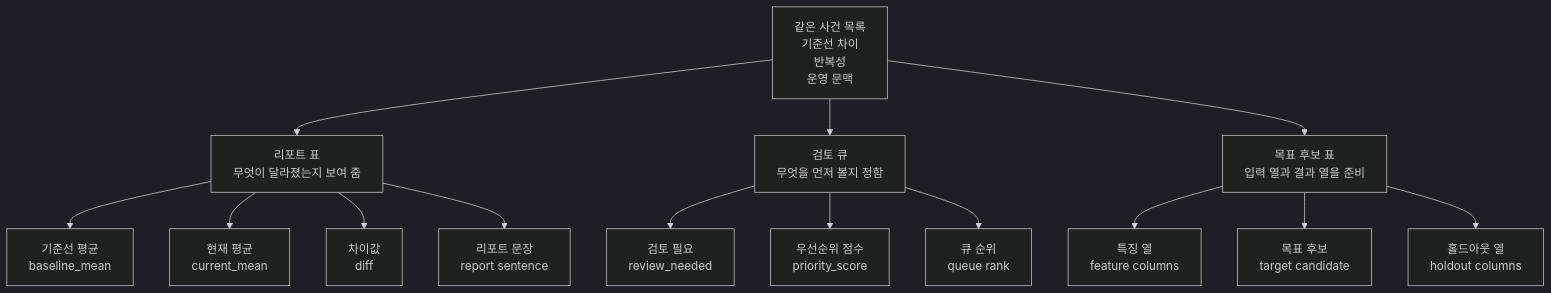
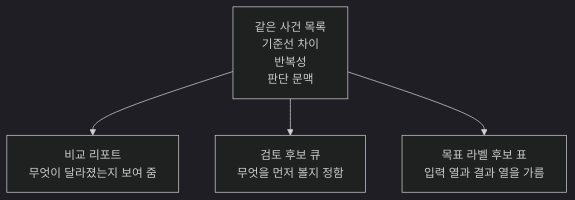
One commit to devchan64/AiBook changed the first of 2 diagrams in docs/parts/part-03/chapter-09/section-03.md. Above: the diagram before and after it, drawn with Mermaid (dark theme). The commit also changed other lines of this file and 43 other files, not shown here.

````diff
--- a/docs/parts/part-03/chapter-09/section-03.md
+++ b/docs/parts/part-03/chapter-09/section-03.md
@@ -72,21 +72,8 @@
 ```mermaid
 flowchart TD
-    A[같은 사건 목록<br/>기준선 차이<br/>반복성<br/>운영 문맥]
+    A[같은 사건 목록<br/>기준선 차이<br/>반복성<br/>판단 문맥]
 
-    A --> B[리포트 표<br/>무엇이 달라졌는지 보여 줌]
-    A --> C[검토 큐<br/>무엇을 먼저 볼지 정함]
-    A --> D[목표 후보 표<br/>입력 열과 결과 열을 준비]
-
-    B --> B1[기준선 평균<br/>baseline_mean]
-    B --> B2[현재 평균<br/>current_mean]
-    B --> B3[차이값<br/>diff]
-    B --> B4[리포트 문장<br/>report sentence]
-
-    C --> C1[검토 필요<br/>review_needed]
-    C --> C2[우선순위 점수<br/>priority_score]
-    C --> C3[큐 순위<br/>queue rank]
-
-    D --> D1[특징 열<br/>feature columns]
-    D --> D2[목표 후보<br/>target candidate]
-    D --> D3[홀드아웃 열<br/>holdout columns]
+    A --> B[비교 리포트<br/>무엇이 달라졌는지 보여 줌]
+    A --> C[검토 후보 큐<br/>무엇을 먼저 볼지 정함]
+    A --> D[목표 라벨 후보 표<br/>입력 열과 결과 열을 가름]
 ```
````
